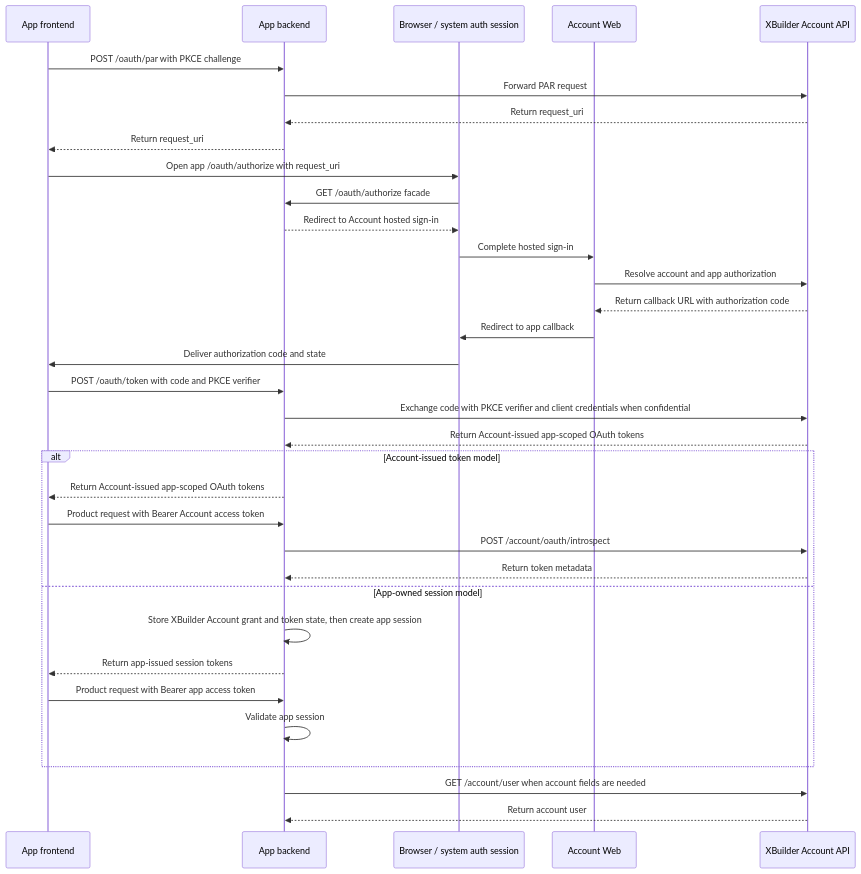
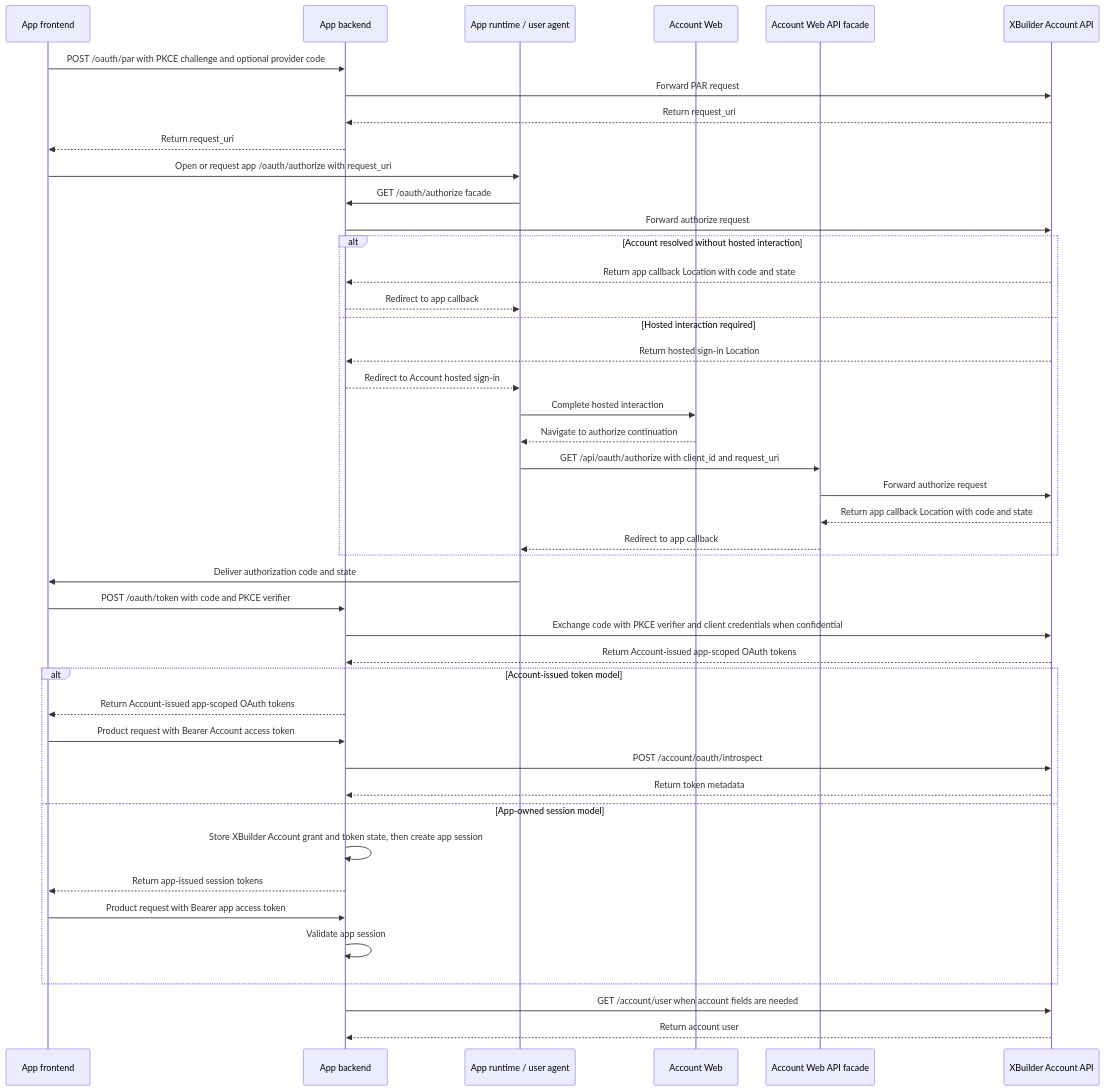
The third of 3 diagrams in docs/product/account.md (goplus/builder), drawn with Mermaid before and after one commit. The commit also changed other lines of this file and 2 other files, not shown here.

First line of the commit message:
docs(account): clarify OAuth handoff authorization flow

````diff
--- a/docs/product/account.md
+++ b/docs/product/account.md
@@ -309,37 +314,47 @@
 ```mermaid
 sequenceDiagram
     participant App as App frontend
     participant Backend as App backend
-    participant UserAgent as Browser / system auth session
+    participant Runtime as App runtime / user agent
     participant AccountWeb as Account Web
+    participant AccountFacade as Account Web API facade
     participant AccountAPI as XBuilder Account API
 
-    App->>Backend: POST /oauth/par with PKCE challenge
+    App->>Backend: POST /oauth/par with PKCE challenge and optional provider code
     Backend->>AccountAPI: Forward PAR request
     AccountAPI-->>Backend: Return request_uri
     Backend-->>App: Return request_uri
-    App->>UserAgent: Open app /oauth/authorize with request_uri
-    UserAgent->>Backend: GET /oauth/authorize facade
-    Backend-->>UserAgent: Redirect to Account hosted sign-in
-    UserAgent->>AccountWeb: Complete hosted sign-in
-    AccountWeb->>AccountAPI: Resolve account and app authorization
-    AccountAPI-->>AccountWeb: Return callback URL with authorization code
-    AccountWeb->>UserAgent: Redirect to app callback
-    UserAgent->>App: Deliver authorization code and state
+    App->>Runtime: Open or request app /oauth/authorize with request_uri
+    Runtime->>Backend: GET /oauth/authorize facade
+    Backend->>AccountAPI: Forward authorize request
+    alt Account resolved without hosted interaction
+        AccountAPI-->>Backend: Return app callback Location with code and state
+        Backend-->>Runtime: Redirect to app callback
+    else Hosted interaction required
+        AccountAPI-->>Backend: Return hosted sign-in Location
+        Backend-->>Runtime: Redirect to Account hosted sign-in
+        Runtime->>AccountWeb: Complete hosted interaction
+        AccountWeb-->>Runtime: Navigate to authorize continuation
+        Runtime->>AccountFacade: GET /api/oauth/authorize with client_id and request_uri
+        AccountFacade->>AccountAPI: Forward authorize request
+        AccountAPI-->>AccountFacade: Return app callback Location with code and state
+        AccountFacade-->>Runtime: Redirect to app callback
+    end
+    Runtime->>App: Deliver authorization code and state
     App->>Backend: POST /oauth/token with code and PKCE verifier
     Backend->>AccountAPI: Exchange code with PKCE verifier and client credentials when confidential
     AccountAPI-->>Backend: Return Account-issued app-scoped OAuth tokens
     alt Account-issued token model
         Backend-->>App: Return Account-issued app-scoped OAuth tokens
         App->>Backend: Product request with Bearer Account access token
         Backend->>AccountAPI: POST /account/oauth/introspect
         AccountAPI-->>Backend: Return token metadata
     else App-owned session model
         Backend->>Backend: Store XBuilder Account grant and token state, then create app session
         Backend-->>App: Return app-issued session tokens
         App->>Backend: Product request with Bearer app access token
         Backend->>Backend: Validate app session
     end
     Backend->>AccountAPI: GET /account/user when account fields are needed
     AccountAPI-->>Backend: Return account user
 ```
````
